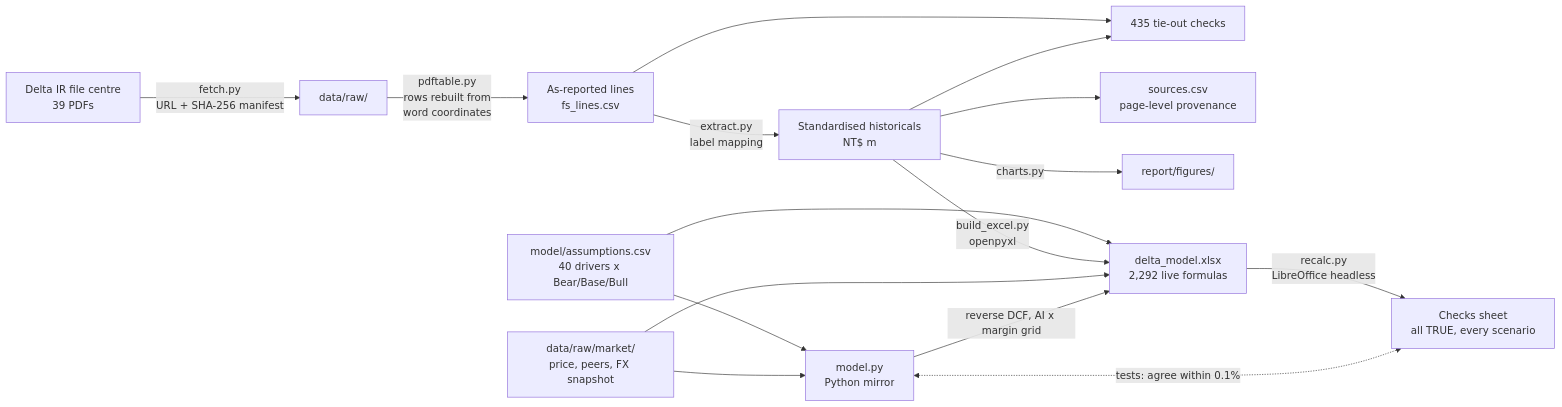
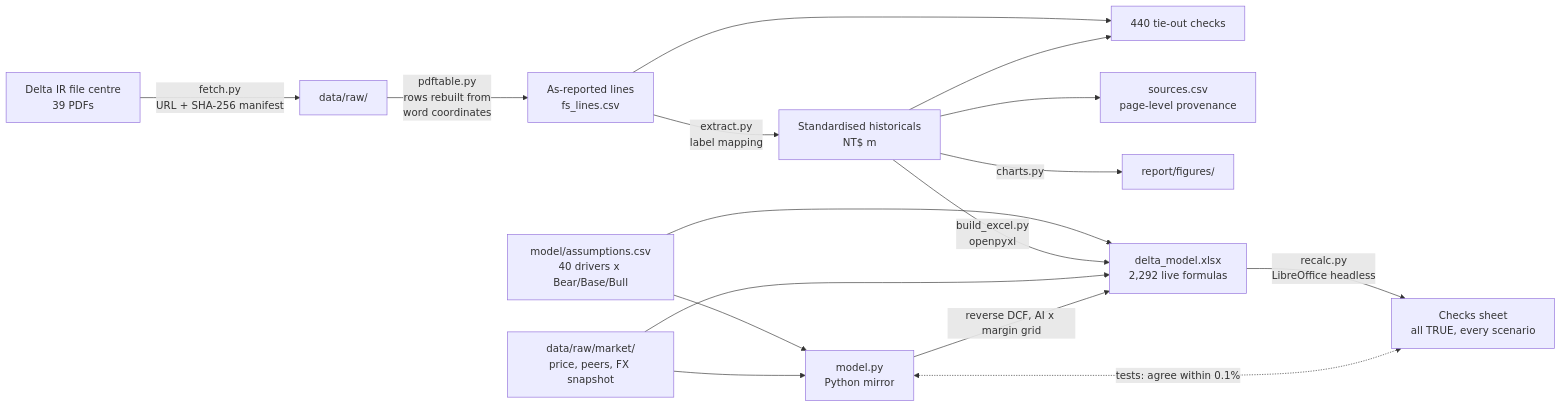
One commit to Anou-shka/delta-volts changed the diagram in README.md. Above: the diagram before and after it, drawn with Mermaid. The commit also changed other lines of this file and 12 other files, not shown here.

````diff
--- a/README.md
+++ b/README.md
@@ -152,18 +160,18 @@
 ```mermaid
 flowchart LR
     A[Delta IR file centre<br/>39 PDFs] -->|fetch.py<br/>URL + SHA-256 manifest| B[data/raw/]
     B -->|pdftable.py<br/>rows rebuilt from<br/>word coordinates| C[As-reported lines<br/>fs_lines.csv]
     C -->|extract.py<br/>label mapping| D[Standardised historicals<br/>NT$ m]
-    C --> E[435 tie-out checks]
+    C --> E[440 tie-out checks]
     D --> E
     D --> F[sources.csv<br/>page-level provenance]
     D -->|charts.py| G[report/figures/]
     K[model/assumptions.csv<br/>40 drivers x Bear/Base/Bull] --> H
     D -->|build_excel.py<br/>openpyxl| H[delta_model.xlsx<br/>2,292 live formulas]
     H -->|recalc.py<br/>LibreOffice headless| I[Checks sheet<br/>all TRUE, every scenario]
     L[data/raw/market/<br/>price, peers, FX snapshot] --> H
     K --> M[model.py<br/>Python mirror]
     L --> M
     M -->|reverse DCF, AI x margin grid| H
     M <-.->|tests: agree within 0.1%| I
 ```
````
